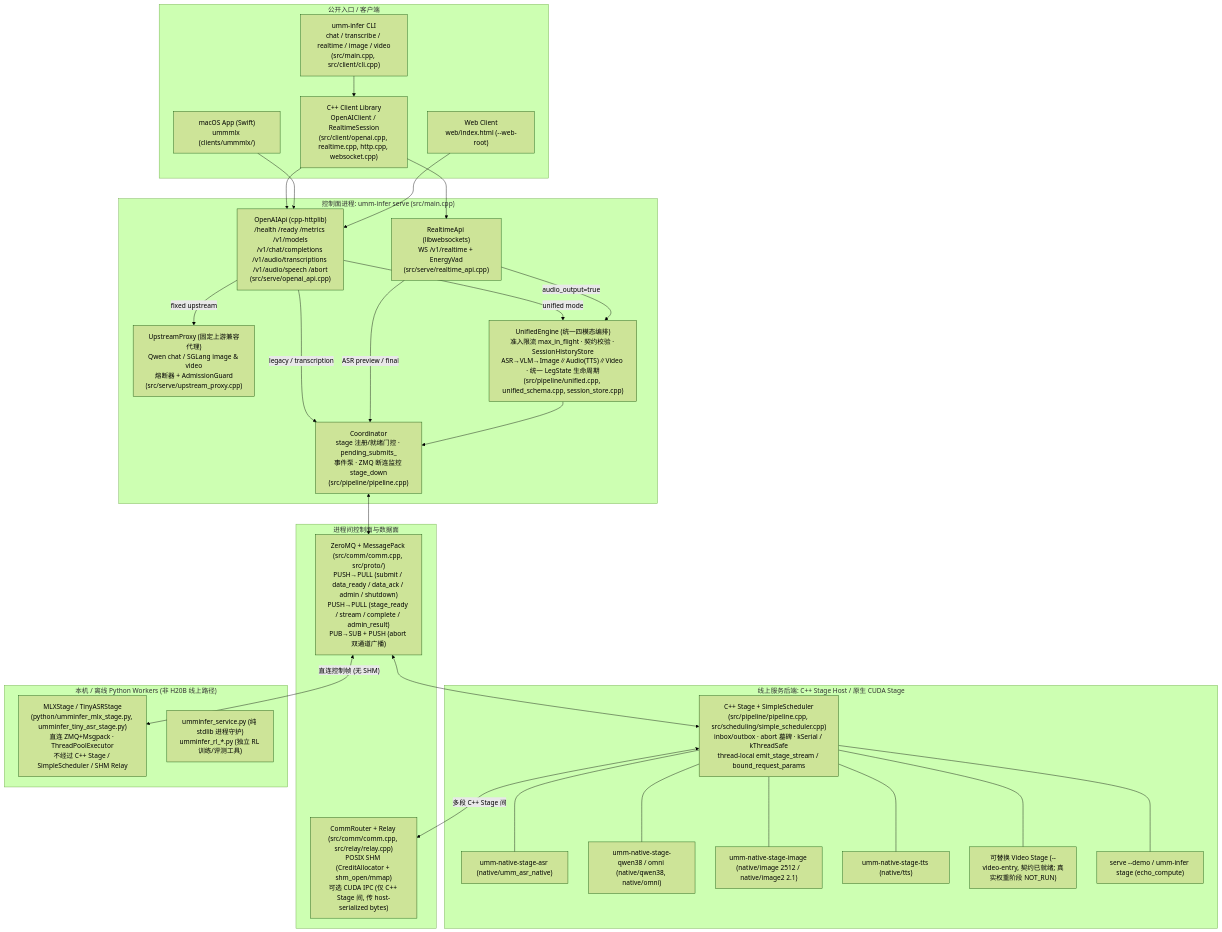
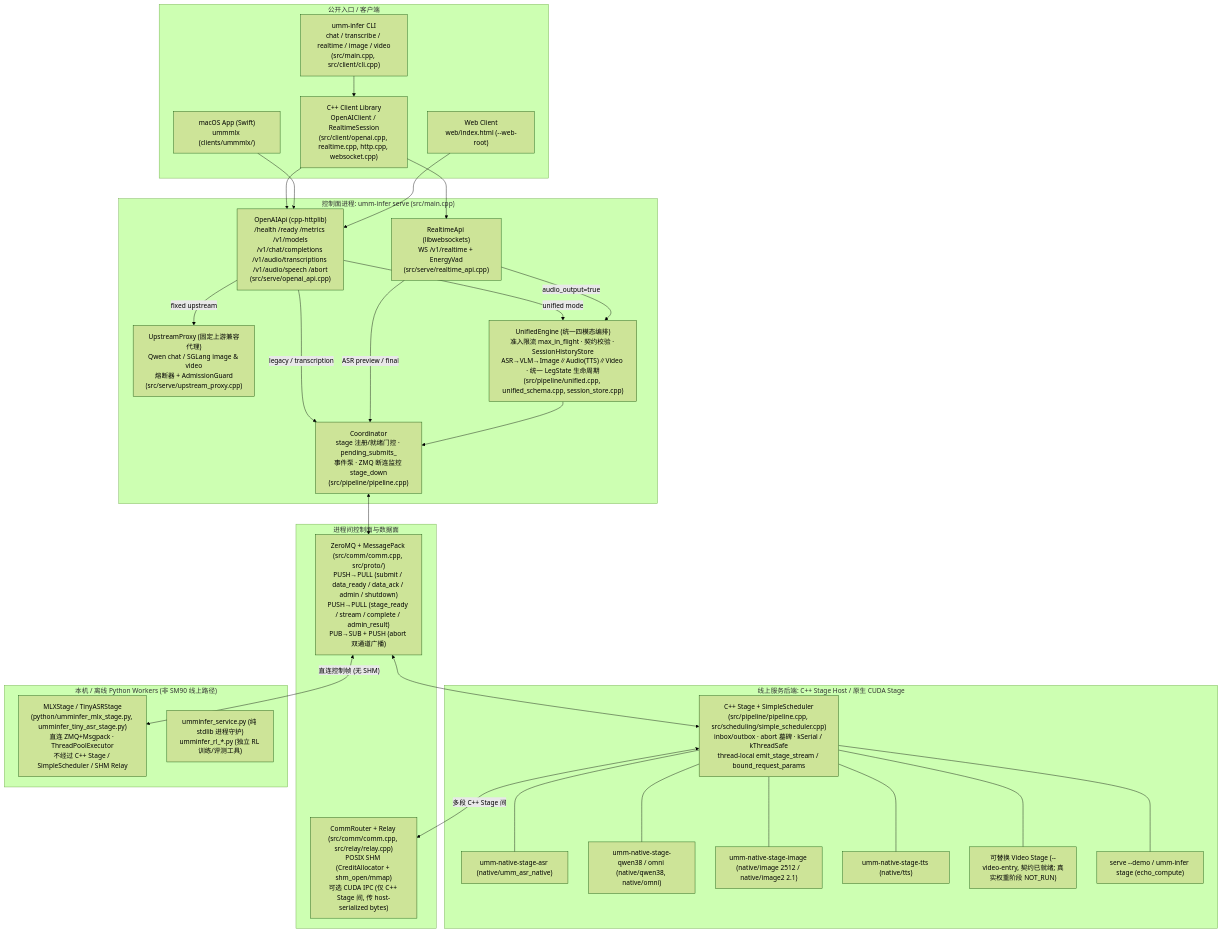
One commit to thinkseek/ummInfer changed the diagram in docs/architecture.md. Above: the diagram before and after it, drawn with Mermaid (forest theme). The commit also changed other lines of this file and 42 other files, not shown here.

````diff
--- a/docs/architecture.md
+++ b/docs/architecture.md
@@ -10,62 +10,62 @@
 ```mermaid
 flowchart TB
   subgraph Clients["公开入口 / 客户端"]
     CLI["umm-infer CLI<br/>chat / transcribe / realtime / image / video<br/>(src/main.cpp, src/client/cli.cpp)"]
     CPP["C++ Client Library<br/>OpenAIClient / RealtimeSession<br/>(src/client/openai.cpp, realtime.cpp, http.cpp, websocket.cpp)"]
     SWIFT["macOS App (Swift)<br/>ummmlx (clients/ummmlx/)"]
     WEB["Web Client<br/>web/index.html (--web-root)"]
   end
 
   subgraph Server["控制面进程: umm-infer serve (src/main.cpp)"]
     HTTP["OpenAIApi (cpp-httplib)<br/>/health /ready /metrics /v1/models<br/>/v1/chat/completions /v1/audio/transcriptions /v1/audio/speech /abort<br/>(src/serve/openai_api.cpp)"]
     PROXY["UpstreamProxy (固定上游兼容代理)<br/>Qwen chat / SGLang image & video<br/>熔断器 + AdmissionGuard<br/>(src/serve/upstream_proxy.cpp)"]
     WS["RealtimeApi (libwebsockets)<br/>WS /v1/realtime + EnergyVad<br/>(src/serve/realtime_api.cpp)"]
     UE["UnifiedEngine (统一四模态编排)<br/>准入限流 max_in_flight · 契约校验 · SessionHistoryStore<br/>ASR→VLM→Image∥Audio(TTS)∥Video · 统一 LegState 生命周期<br/>(src/pipeline/unified.cpp, unified_schema.cpp, session_store.cpp)"]
     COORD["Coordinator<br/>stage 注册/就绪门控 · pending_submits_<br/>事件泵 · ZMQ 断连监控 stage_down<br/>(src/pipeline/pipeline.cpp)"]
   end
 
   subgraph Transport["进程间控制面与数据面"]
     ZMQ["ZeroMQ + MessagePack (src/comm/comm.cpp, src/proto/)<br/>PUSH→PULL (submit / data_ready / data_ack / admin / shutdown)<br/>PUSH→PULL (stage_ready / stream / complete / admin_result)<br/>PUB→SUB + PUSH (abort 双通道广播)"]
     RELAY["CommRouter + Relay (src/comm/comm.cpp, src/relay/relay.cpp)<br/>POSIX SHM (CreditAllocator + shm_open/mmap)<br/>可选 CUDA IPC (仅 C++ Stage 间, 传 host-serialized bytes)"]
   end
 
   subgraph NativeStages["线上服务后端: C++ Stage Host / 原生 CUDA Stage"]
     STAGE["C++ Stage + SimpleScheduler<br/>(src/pipeline/pipeline.cpp, src/scheduling/simple_scheduler.cpp)<br/>inbox/outbox · abort 墓碑 · kSerial / kThreadSafe<br/>thread-local emit_stage_stream / bound_request_params"]
     BIN_ASR["umm-native-stage-asr (native/umm_asr_native)"]
     BIN_VLM["umm-native-stage-qwen38 / omni (native/qwen38, native/omni)"]
     BIN_IMG["umm-native-stage-image (native/image 2512 / native/image2 2.1)"]
     BIN_TTS["umm-native-stage-tts (native/tts)"]
     BIN_VID["可替换 Video Stage (--video-entry, 契约已就绪; 真实权重阶段 NOT_RUN)"]
     DEMO["serve --demo / umm-infer stage (echo_compute)"]
   end
 
-  subgraph PythonWorkers["本机 / 离线 Python Workers (非 H20B 线上路径)"]
+  subgraph PythonWorkers["本机 / 离线 Python Workers (非 SM90 线上路径)"]
     MLX["MLXStage / TinyASRStage<br/>(python/umminfer_mlx_stage.py, umminfer_tiny_asr_stage.py)<br/>直连 ZMQ+Msgpack · ThreadPoolExecutor<br/>不经过 C++ Stage / SimpleScheduler / SHM Relay"]
     SUP["umminfer_service.py (纯 stdlib 进程守护)<br/>umminfer_rl_*.py (独立 RL 训练/评测工具)"]
   end
 
   CLI --> CPP
   CPP --> HTTP
   CPP --> WS
   SWIFT --> HTTP
   WEB --> HTTP
 
   HTTP -->|"fixed upstream"| PROXY
   HTTP -->|"unified mode"| UE
   HTTP -->|"legacy / transcription"| COORD
   WS -->|"ASR preview / final"| COORD
   WS -->|"audio_output=true"| UE
   UE --> COORD
 
   COORD <--> ZMQ
   ZMQ <--> STAGE
   STAGE <-->|"多段 C++ Stage 间"| RELAY
   STAGE --- BIN_ASR
   STAGE --- BIN_VLM
   STAGE --- BIN_IMG
   STAGE --- BIN_TTS
   STAGE --- BIN_VID
   STAGE --- DEMO
 
   ZMQ <-->|"直连控制帧 (无 SHM)"| MLX
 ```
````
